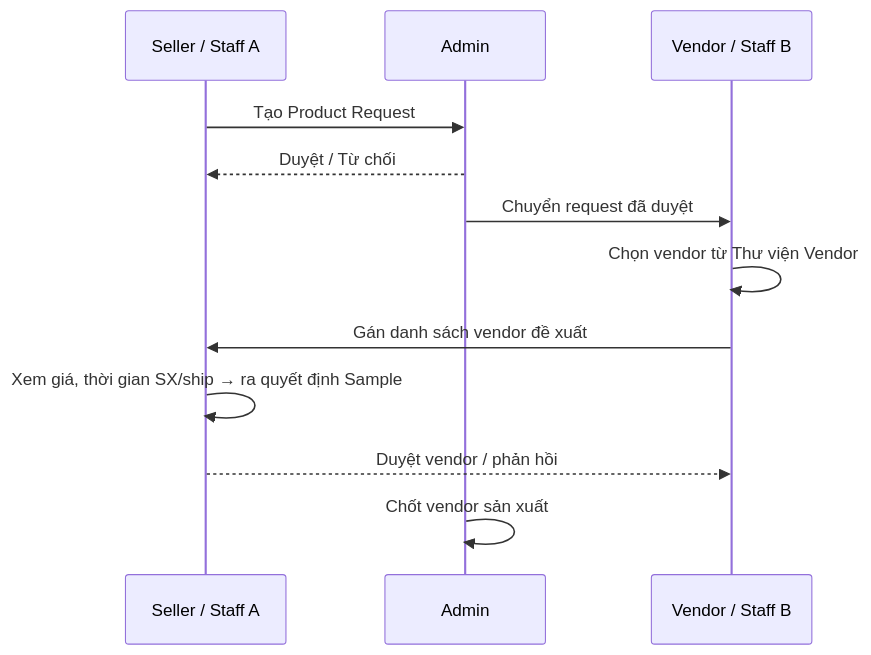
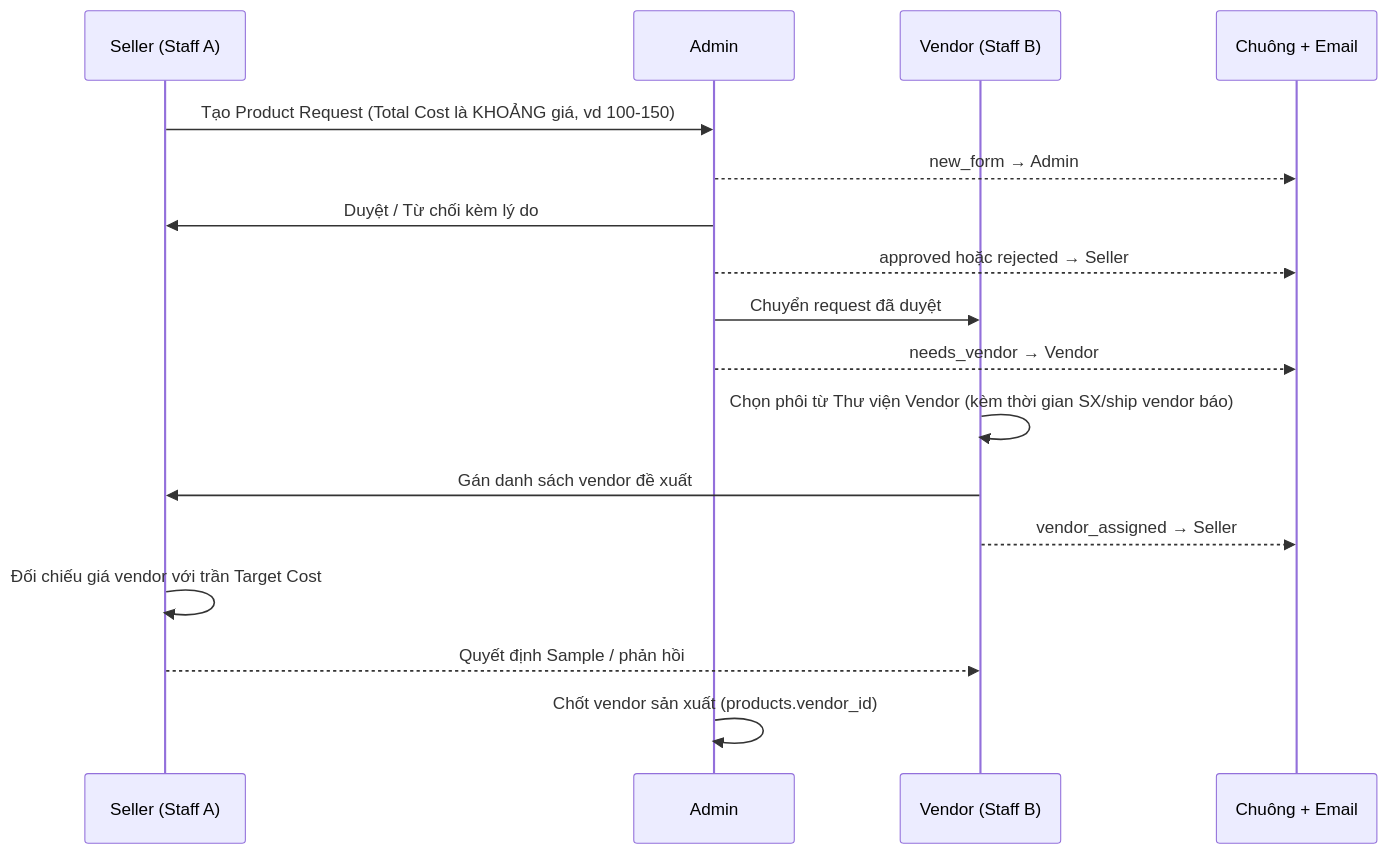
The fifth of 6 diagrams in README.md (thanhdatpb/Vendor_Management_Golang), drawn with Mermaid before and after one commit. The commit also changed other lines of this file, not shown here.

````diff
--- a/README.md
+++ b/README.md
@@ -96,14 +310,20 @@
 ```mermaid
 sequenceDiagram
-    participant A as Seller / Staff A
-    participant Ad as Admin
-    participant B as Vendor / Staff B
-    A->>Ad: Tạo Product Request
-    Ad-->>A: Duyệt / Từ chối
-    Ad->>B: Chuyển request đã duyệt
-    B->>B: Chọn vendor từ Thư viện Vendor
-    B->>A: Gán danh sách vendor đề xuất
-    A->>A: Xem giá, thời gian SX/ship → ra quyết định Sample
-    A-->>B: Duyệt vendor / phản hồi
-    Ad->>Ad: Chốt vendor sản xuất
+    participant S as Seller (Staff A)
+    participant A as Admin
+    participant V as Vendor (Staff B)
+    participant N as Chuông + Email
+
+    S->>A: Tạo Product Request (Total Cost là KHOẢNG giá, vd 100-150)
+    A-->>N: new_form → Admin
+    A->>S: Duyệt / Từ chối kèm lý do
+    A-->>N: approved hoặc rejected → Seller
+    A->>V: Chuyển request đã duyệt
+    A-->>N: needs_vendor → Vendor
+    V->>V: Chọn phôi từ Thư viện Vendor (kèm thời gian SX/ship vendor báo)
+    V->>S: Gán danh sách vendor đề xuất
+    V-->>N: vendor_assigned → Seller
+    S->>S: Đối chiếu giá vendor với trần Target Cost
+    S-->>V: Quyết định Sample / phản hồi
+    A->>A: Chốt vendor sản xuất (products.vendor_id)
 ```
````
